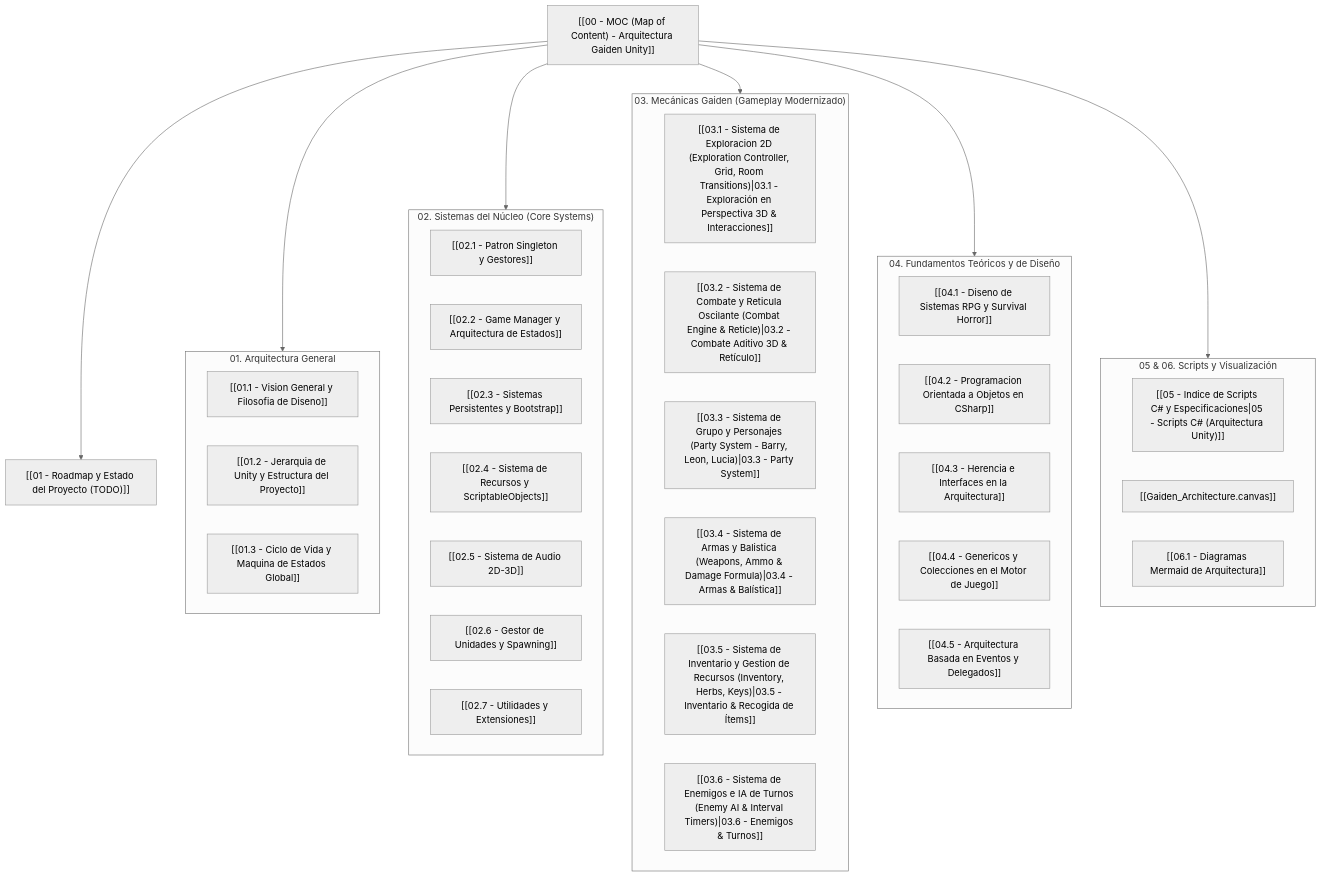
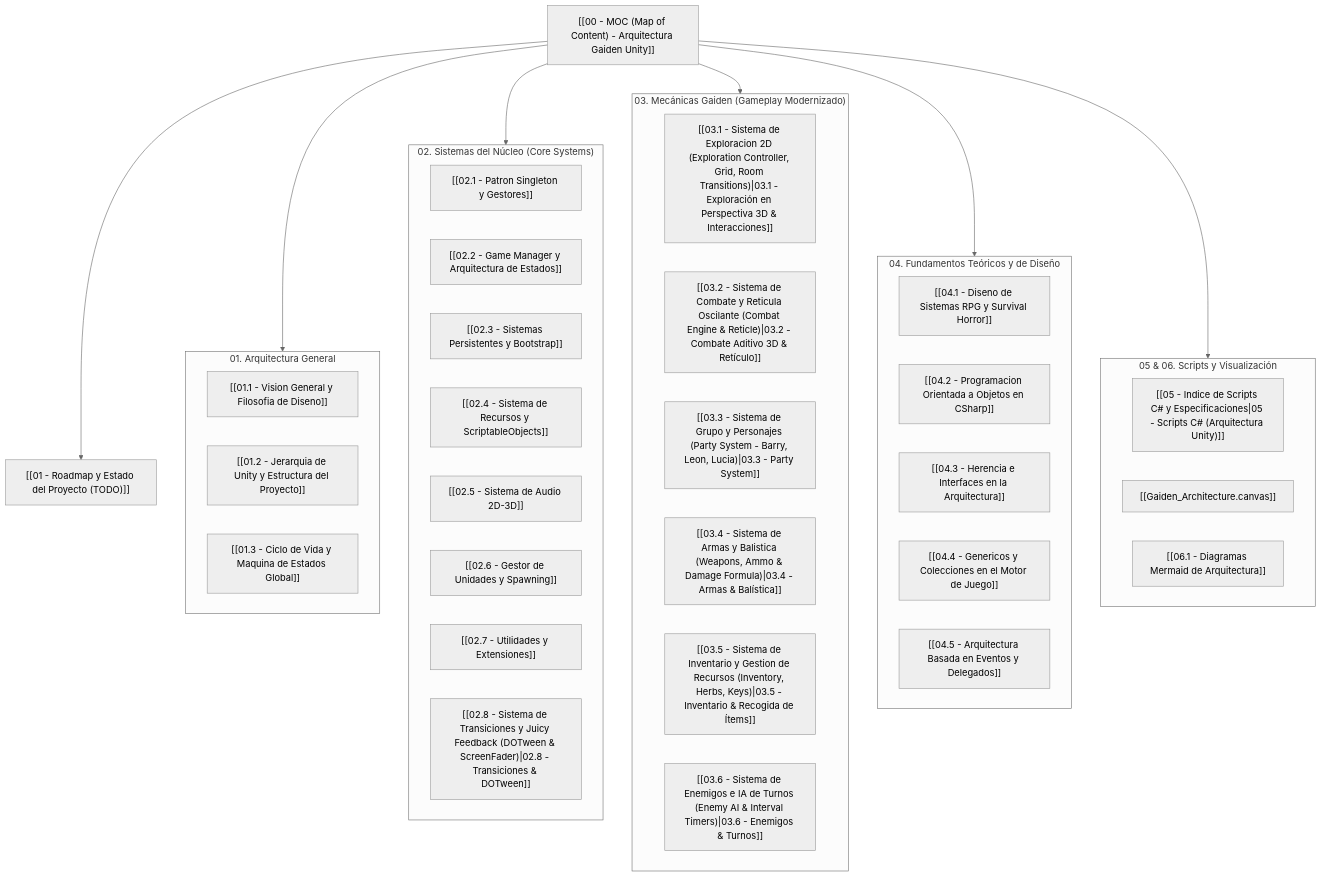
One commit to matichanx3x3/proyectoGaiden changed the diagram in Documentación/00 - Indice/00 - MOC (Map of Content) - Arquitectura Gaiden Unity.md. Above: the diagram before and after it, drawn with Mermaid (neutral theme). The commit also changed other lines of this file and 408 other files, not shown here.

Commit message:
dot tween, puertas, pushables y transiciones.

````diff
--- a/Documentación/00 - Indice/00 - MOC (Map of Content) - Arquitectura Gaiden Unity.md
+++ b/Documentación/00 - Indice/00 - MOC (Map of Content) - Arquitectura Gaiden Unity.md
@@ -22,51 +22,52 @@
 ```mermaid
 flowchart TD
     Index["[[00 - MOC (Map of Content) - Arquitectura Gaiden Unity]]"]
     Roadmap["[[01 - Roadmap y Estado del Proyecto (TODO)]]"]
     
     subgraph S1["01. Arquitectura General"]
         ArchVis["[[01.1 - Vision General y Filosofia de Diseno]]"]
         UnityHier["[[01.2 - Jerarquia de Unity y Estructura del Proyecto]]"]
         GameLoop["[[01.3 - Ciclo de Vida y Maquina de Estados Global]]"]
     end
 
     subgraph S2["02. Sistemas del Núcleo (Core Systems)"]
         Singleton["[[02.1 - Patron Singleton y Gestores]]"]
         GameMgr["[[02.2 - Game Manager y Arquitectura de Estados]]"]
         Persist["[[02.3 - Sistemas Persistentes y Bootstrap]]"]
         ResSys["[[02.4 - Sistema de Recursos y ScriptableObjects]]"]
         AudioSys["[[02.5 - Sistema de Audio 2D-3D]]"]
         UnitMgr["[[02.6 - Gestor de Unidades y Spawning]]"]
         Utils["[[02.7 - Utilidades y Extensiones]]"]
+        TweenTrans["[[02.8 - Sistema de Transiciones y Juicy Feedback (DOTween & ScreenFader)|02.8 - Transiciones & DOTween]]"]
     end
 
     subgraph S3["03. Mecánicas Gaiden (Gameplay Modernizado)"]
         Explo["[[03.1 - Sistema de Exploracion 2D (Exploration Controller, Grid, Room Transitions)|03.1 - Exploración en Perspectiva 3D & Interacciones]]"]
         Combat["[[03.2 - Sistema de Combate y Reticula Oscilante (Combat Engine & Reticle)|03.2 - Combate Aditivo 3D & Retículo]]"]
         Party["[[03.3 - Sistema de Grupo y Personajes (Party System - Barry, Leon, Lucia)|03.3 - Party System]]"]
         Weapons["[[03.4 - Sistema de Armas y Balistica (Weapons, Ammo & Damage Formula)|03.4 - Armas & Balística]]"]
         Inventory["[[03.5 - Sistema de Inventario y Gestion de Recursos (Inventory, Herbs, Keys)|03.5 - Inventario & Recogida de Ítems]]"]
         EnemyAI["[[03.6 - Sistema de Enemigos e IA de Turnos (Enemy AI & Interval Timers)|03.6 - Enemigos & Turnos]]"]
     end
 
     subgraph S4["04. Fundamentos Teóricos y de Diseño"]
         Teo1["[[04.1 - Diseno de Sistemas RPG y Survival Horror]]"]
         Teo2["[[04.2 - Programacion Orientada a Objetos en CSharp]]"]
         Teo3["[[04.3 - Herencia e Interfaces en la Arquitectura]]"]
         Teo4["[[04.4 - Genericos y Colecciones en el Motor de Juego]]"]
         Teo5["[[04.5 - Arquitectura Basada en Eventos y Delegados]]"]
     end
 
     subgraph S5["05 & 06. Scripts y Visualización"]
         ScriptsC["[[05 - Indice de Scripts C# y Especificaciones|05 - Scripts C# (Arquitectura Unity)]]"]
         CanvasView["[[Gaiden_Architecture.canvas]]"]
         MermaidDiag["[[06.1 - Diagramas Mermaid de Arquitectura]]"]
     end
 
     Index --> Roadmap
     Index --> S1
     Index --> S2
     Index --> S3
     Index --> S4
     Index --> S5
 ```
````
